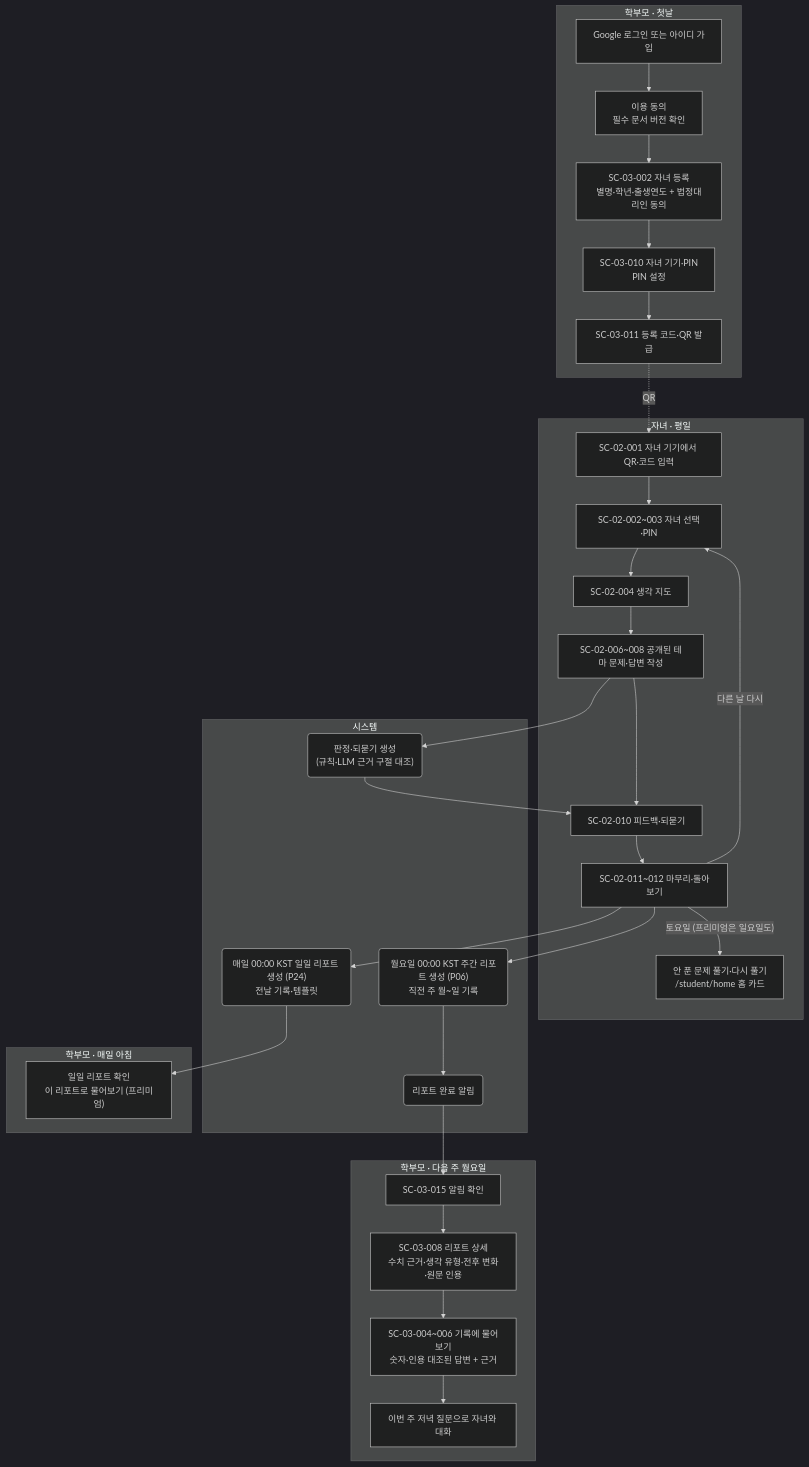
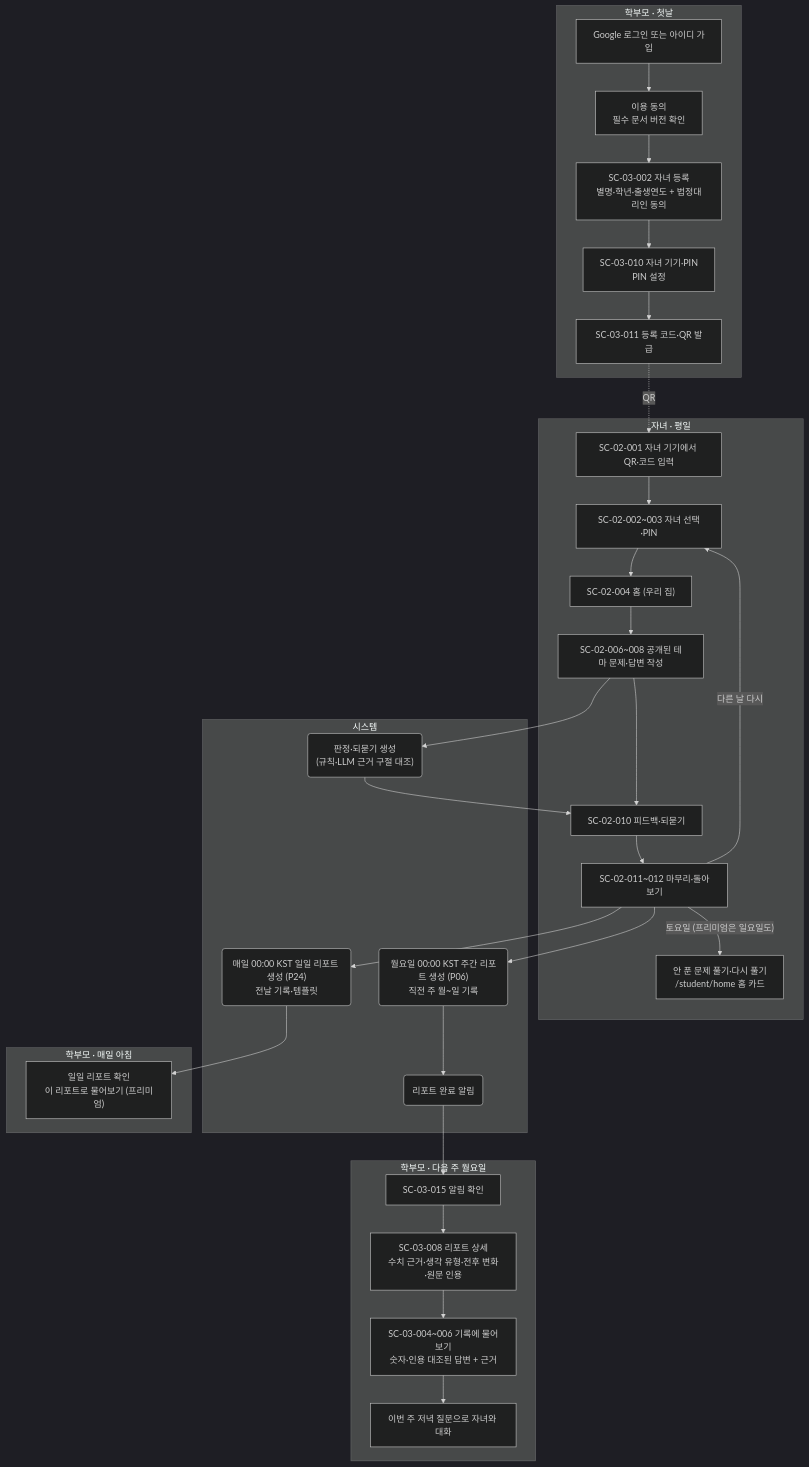
One commit to SKNETWORKS-FAMILY-AICAMP/SKN34-FINAL-3TEAM changed the fifth of 13 diagrams in docs/design/user-flow.md. Above: the diagram before and after it, drawn with Mermaid (dark theme). The commit also changed other lines of this file and 9 other files, not shown here.

````diff
--- a/docs/design/user-flow.md
+++ b/docs/design/user-flow.md
@@ -223,41 +241,41 @@
 ```mermaid
 flowchart TD
   subgraph P1["학부모 · 첫날"]
     A1["Google 로그인 또는 아이디 가입"] --> A2["이용 동의<br/>필수 문서 버전 확인"]
     A2 --> A3["SC-03-002 자녀 등록<br/>별명·학년·출생연도 + 법정대리인 동의"]
     A3 --> A4["SC-03-010 자녀 기기·PIN<br/>PIN 설정"]
     A4 --> A5["SC-03-011 등록 코드·QR 발급"]
   end
 
   subgraph S1["자녀 · 평일"]
     B1["SC-02-001 자녀 기기에서 QR·코드 입력"] --> B2["SC-02-002~003 자녀 선택·PIN"]
-    B2 --> B3["SC-02-004 생각 지도"]
+    B2 --> B3["SC-02-004 홈 (우리 집)"]
     B3 --> B4["SC-02-006~008 공개된 테마 문제·답변 작성"]
     B4 --> B5["SC-02-010 피드백·되묻기"]
     B5 --> B6["SC-02-011~012 마무리·돌아보기"]
     B6 -->|"다른 날 다시"| B2
     B6 -->|"토요일 (프리미엄은 일요일도)"| B7["안 푼 문제 풀기·다시 풀기<br/>/student/home 홈 카드"]
   end
 
   subgraph SYS["시스템"]
     C1("판정·되묻기 생성<br/>(규칙·LLM 근거 구절 대조)")
     C2("월요일 00:00 KST 주간 리포트 생성 (P06)<br/>직전 주 월~일 기록")
     C3("리포트 완료 알림")
     C4("매일 00:00 KST 일일 리포트 생성 (P24)<br/>전날 기록·템플릿")
   end
 
   subgraph P0["학부모 · 매일 아침"]
     D0["일일 리포트 확인<br/>이 리포트로 물어보기 (프리미엄)"]
   end
 
   subgraph P2["학부모 · 다음 주 월요일"]
     D1["SC-03-015 알림 확인"] --> D2["SC-03-008 리포트 상세<br/>수치 근거·생각 유형·전후 변화·원문 인용"]
     D2 --> D3["SC-03-004~006 기록에 물어보기<br/>숫자·인용 대조된 답변 + 근거"]
     D3 --> D4["이번 주 저녁 질문으로 자녀와 대화"]
   end
 
   A5 -.->|"QR"| B1
   B4 --> C1 --> B5
   B6 --> C2 --> C3 --> D1
   B6 --> C4 --> D0
 ```
````
